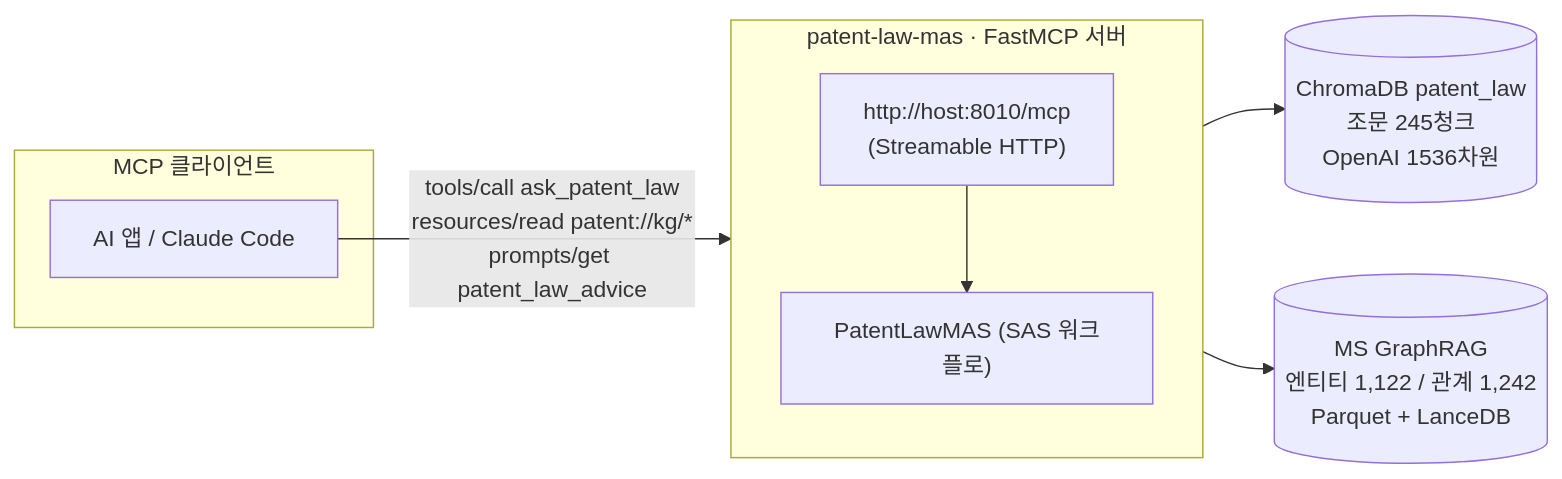
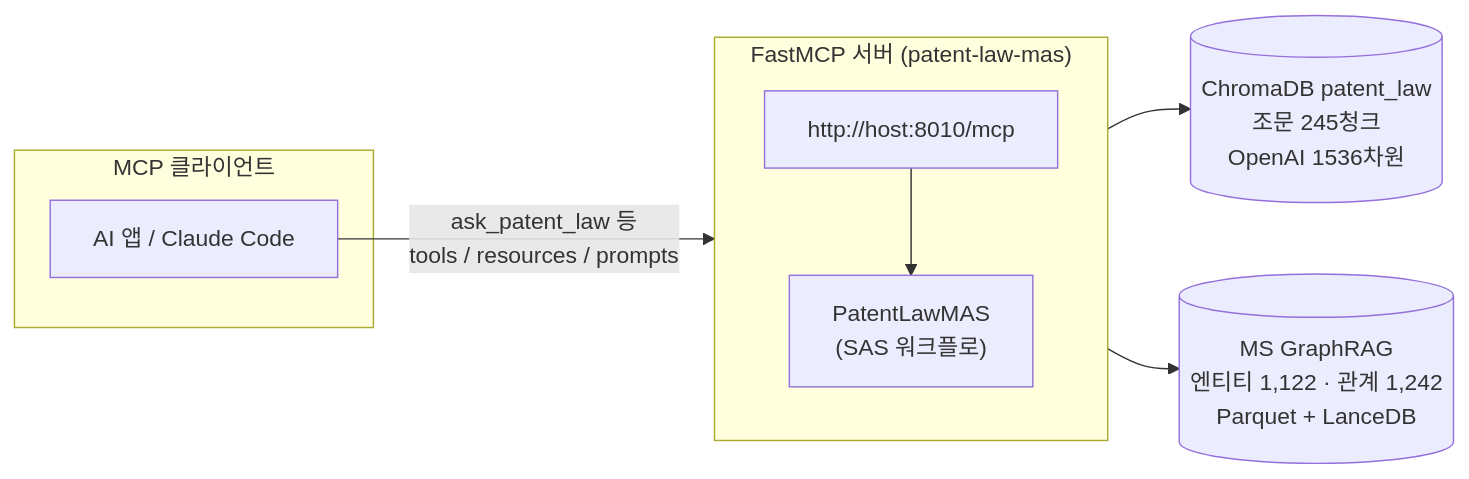
Before and after one commit to cna-bootcamp/aistudy: the second of 2 diagrams in hands-on/16.mas/patent-mas/mas-a/README.md, drawn with Mermaid. The commit also changed other lines of this file and 6 other files, not shown here.

````diff
--- a/hands-on/16.mas/patent-mas/mas-a/README.md
+++ b/hands-on/16.mas/patent-mas/mas-a/README.md
@@ -49,15 +81,15 @@
 ```mermaid
 flowchart LR
     subgraph CLIENT["MCP 클라이언트"]
         APP["AI 앱 / Claude Code"]
     end
-    subgraph SERVER["patent-law-mas · FastMCP 서버"]
+    subgraph SERVER["FastMCP 서버 (patent-law-mas)"]
         direction TB
-        EP["http://host:8010/mcp<br/>(Streamable HTTP)"]
-        CORE["PatentLawMAS (SAS 워크플로)"]
+        EP["http://host:8010/mcp"]
+        CORE["PatentLawMAS<br/>(SAS 워크플로)"]
         EP --> CORE
     end
-    APP -->|"tools/call ask_patent_law<br/>resources/read patent://kg/*<br/>prompts/get patent_law_advice"| EP
+    APP -->|"ask_patent_law 등<br/>tools / resources / prompts"| EP
     CORE --> VDB[("ChromaDB patent_law<br/>조문 245청크<br/>OpenAI 1536차원")]
-    CORE --> KG[("MS GraphRAG<br/>엔티티 1,122 / 관계 1,242<br/>Parquet + LanceDB")]
+    CORE --> KG[("MS GraphRAG<br/>엔티티 1,122 · 관계 1,242<br/>Parquet + LanceDB")]
 ```
````
